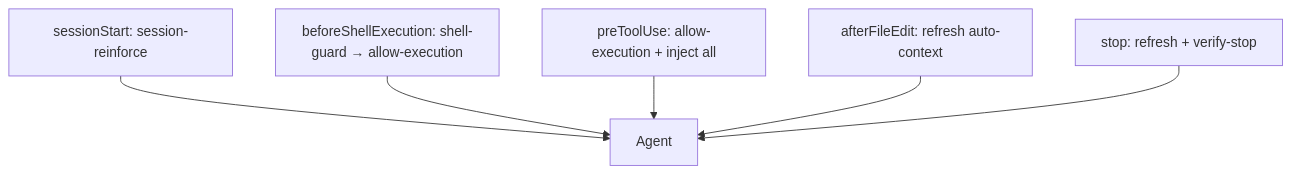
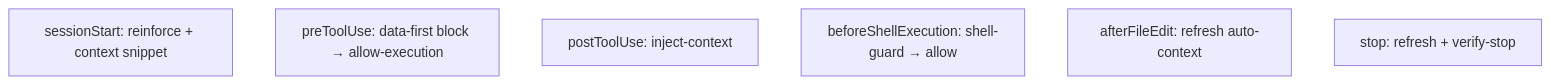
Before and after one commit to jameslcowan/kleto-go: the diagram in docs/hooks-roadmap.md, drawn with Mermaid. The commit also changed other lines of this file and 14 other files, not shown here.

````diff
--- a/docs/hooks-roadmap.md
+++ b/docs/hooks-roadmap.md
@@ -49,13 +59,9 @@
 ```mermaid
 flowchart TB
-  SS[sessionStart: session-reinforce]
-  BSE[beforeShellExecution: shell-guard → allow-execution]
-  PT[preToolUse: allow-execution + inject all]
+  SS[sessionStart: reinforce + context snippet]
+  PT[preToolUse: data-first block → allow-execution]
+  POST[postToolUse: inject-context]
+  BSE[beforeShellExecution: shell-guard → allow]
   AFE[afterFileEdit: refresh auto-context]
   ST[stop: refresh + verify-stop]
-  SS --> Agent
-  BSE --> Agent
-  PT --> Agent
-  AFE --> Agent
-  ST --> Agent
 ```
````
